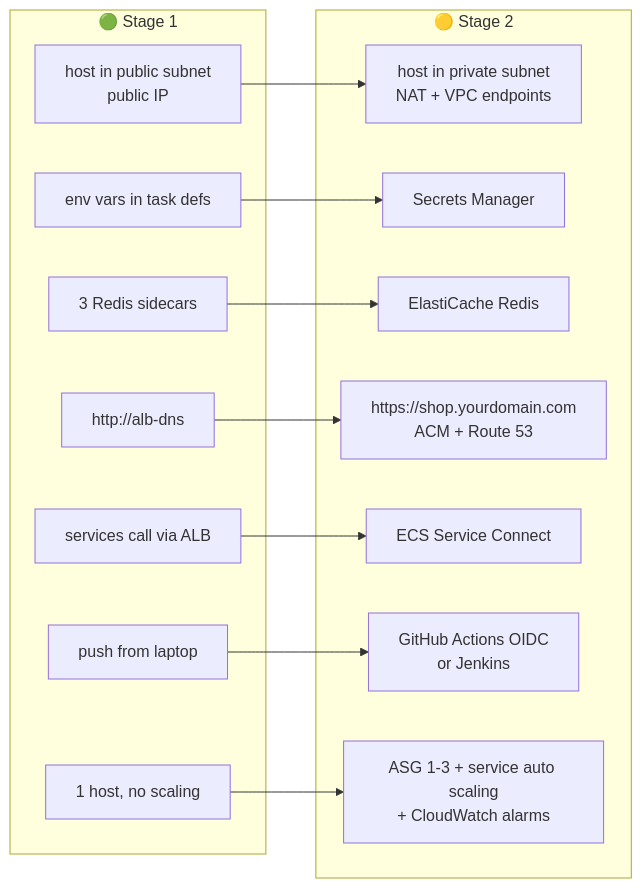
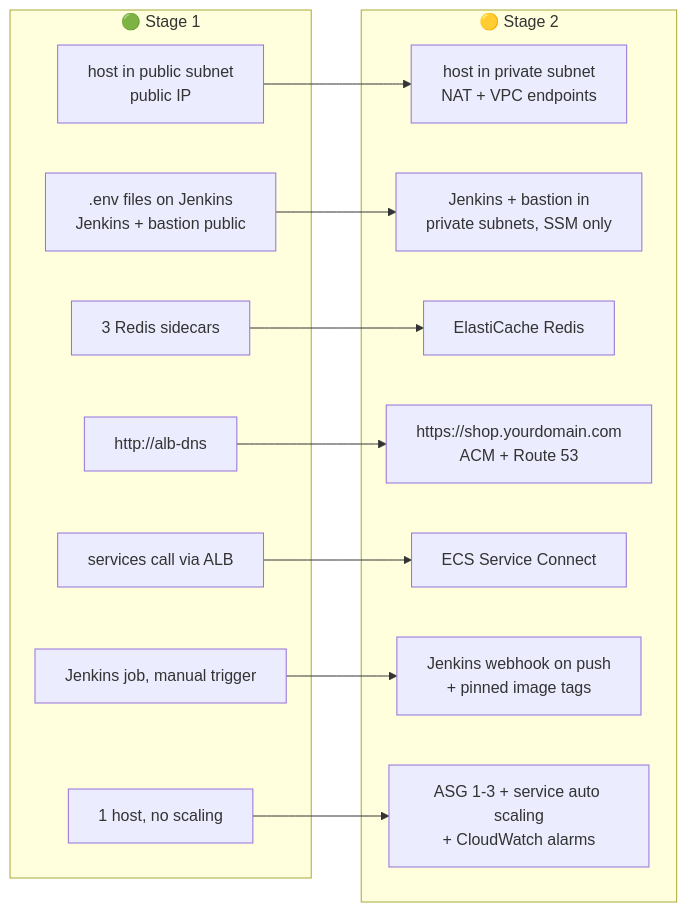
The diagram in docs/05-aws-stage2-hardening.md (abhisheksah255/CloudCart), drawn with Mermaid before and after one commit. The commit also changed other lines of this file and 15 other files, not shown here.

````diff
--- a/docs/05-aws-stage2-hardening.md
+++ b/docs/05-aws-stage2-hardening.md
@@ -11,28 +11,28 @@
 ```mermaid
 flowchart LR
     subgraph S1["🟢 Stage 1"]
         A1[host in public subnet<br/>public IP]
-        B1[env vars in task defs]
+        B1[.env files on Jenkins<br/>Jenkins + bastion public]
         C1[3 Redis sidecars]
         D1[http://alb-dns]
         E1[services call via ALB]
-        F1[push from laptop]
+        F1[Jenkins job, manual trigger]
         G1[1 host, no scaling]
     end
     subgraph S2["🟡 Stage 2"]
         A2[host in private subnet<br/>NAT + VPC endpoints]
-        B2[Secrets Manager]
+        B2[Jenkins + bastion in<br/>private subnets, SSM only]
         C2[ElastiCache Redis]
         D2[https://shop.yourdomain.com<br/>ACM + Route 53]
         E2[ECS Service Connect]
-        F2[GitHub Actions OIDC<br/>or Jenkins]
+        F2[Jenkins webhook on push<br/>+ pinned image tags]
         G2[ASG 1-3 + service auto scaling<br/>+ CloudWatch alarms]
     end
     A1-->A2
     B1-->B2
     C1-->C2
     D1-->D2
     E1-->E2
     F1-->F2
     G1-->G2
 ```
````
